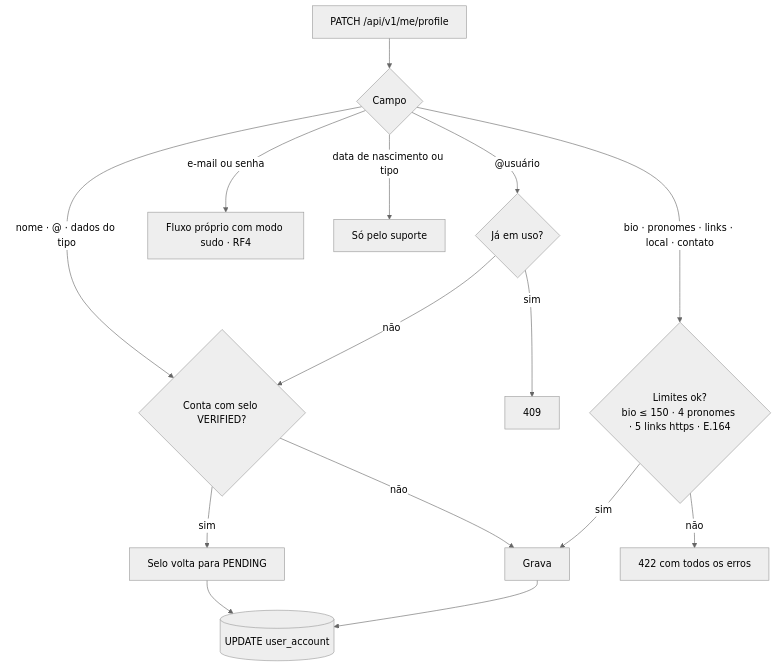
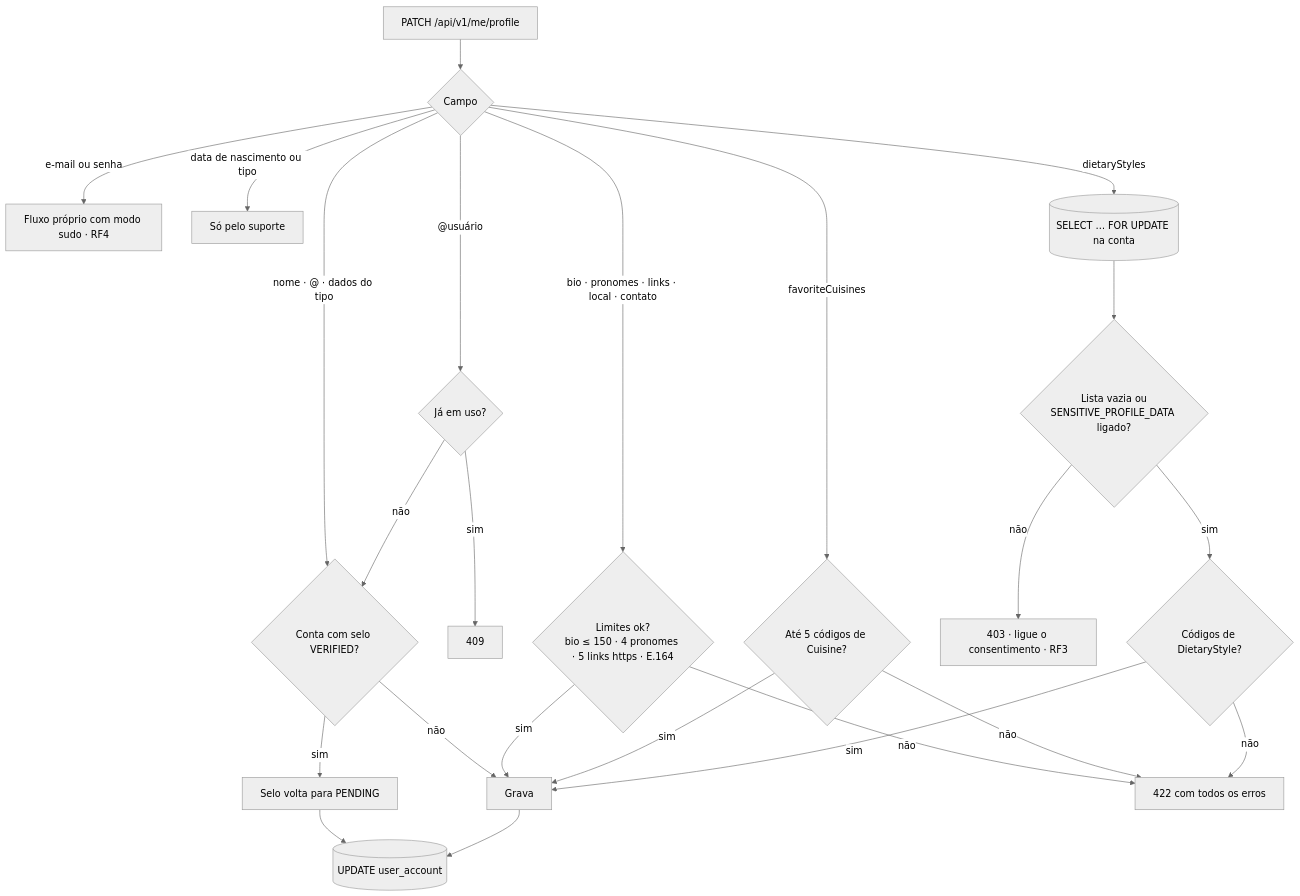
Before and after one commit to MatheusHaliski/Friendly-Eats: the first of 2 diagrams in docs/RF2/atividades.md, drawn with Mermaid (neutral theme). The commit also changed 22 other files, not shown here.

````diff
--- a/docs/RF2/atividades.md
+++ b/docs/RF2/atividades.md
@@ -5,16 +5,25 @@
 ```mermaid
 flowchart TD
     A[PATCH /api/v1/me/profile] --> B{Campo}
     B -- nome · @ · dados do tipo --> C{Conta com selo VERIFIED?}
     C -- sim --> C1[Selo volta para PENDING]
     C -- não --> C2[Grava]
     B -- "@usuário" --> D{Já em uso?}
     D -- sim --> E409[409]
     D -- não --> C
     B -- bio · pronomes · links · local · contato --> F{Limites ok?<br/>bio ≤ 150 · 4 pronomes · 5 links https · E.164}
     F -- não --> E422[422 com todos os erros]
     F -- sim --> C2
     B -- e-mail ou senha --> G[Fluxo próprio com modo sudo · RF4]
     B -- data de nascimento ou tipo --> H[Só pelo suporte]
+    B -- favoriteCuisines --> Q{Até 5 códigos de Cuisine?}
+    Q -- não --> E422
+    Q -- sim --> C2
+    B -- dietaryStyles --> LK[(SELECT … FOR UPDATE na conta)]
+    LK --> S{Lista vazia ou<br/>SENSITIVE_PROFILE_DATA ligado?}
+    S -- não --> E403[403 · ligue o consentimento · RF3]
+    S -- sim --> SK{Códigos de DietaryStyle?}
+    SK -- não --> E422
+    SK -- sim --> C2
     C1 & C2 --> L[(UPDATE user_account)]
 ```
````
